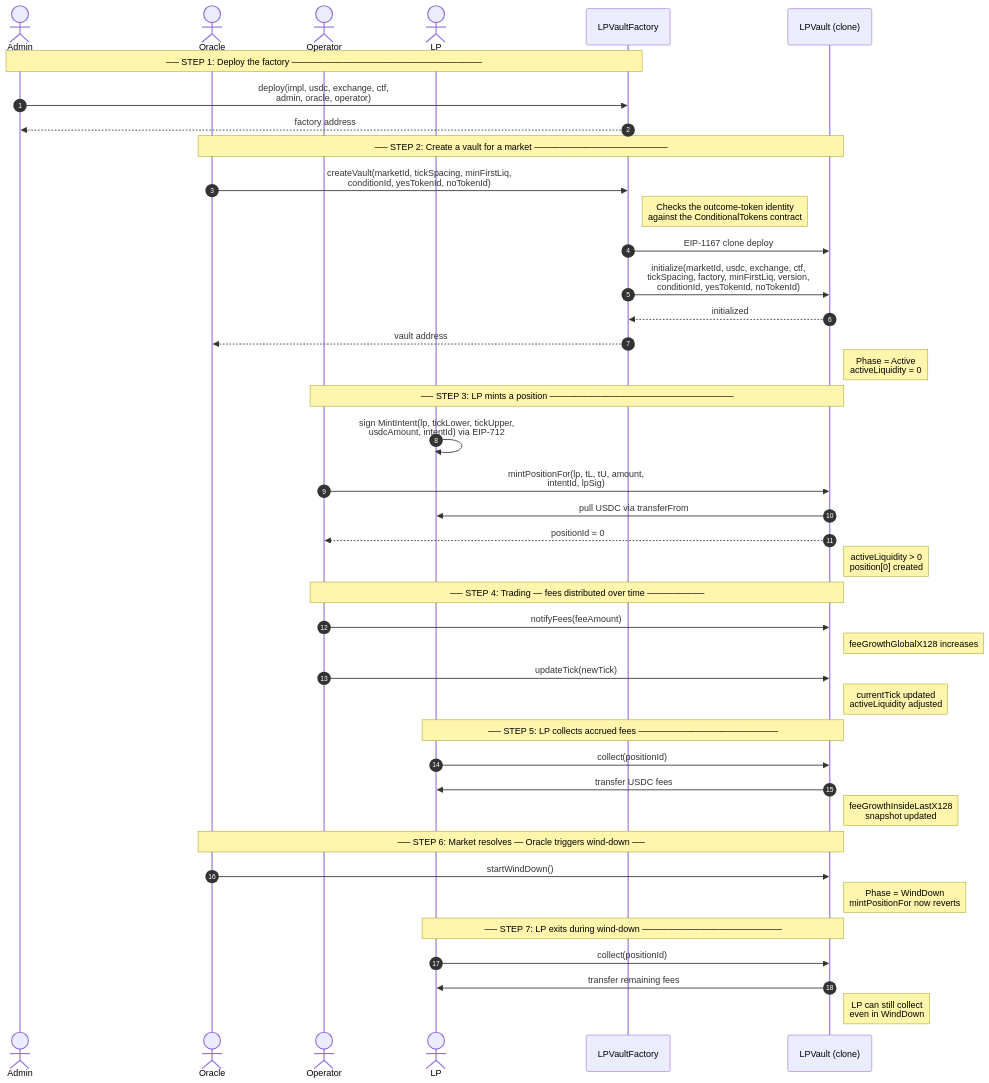
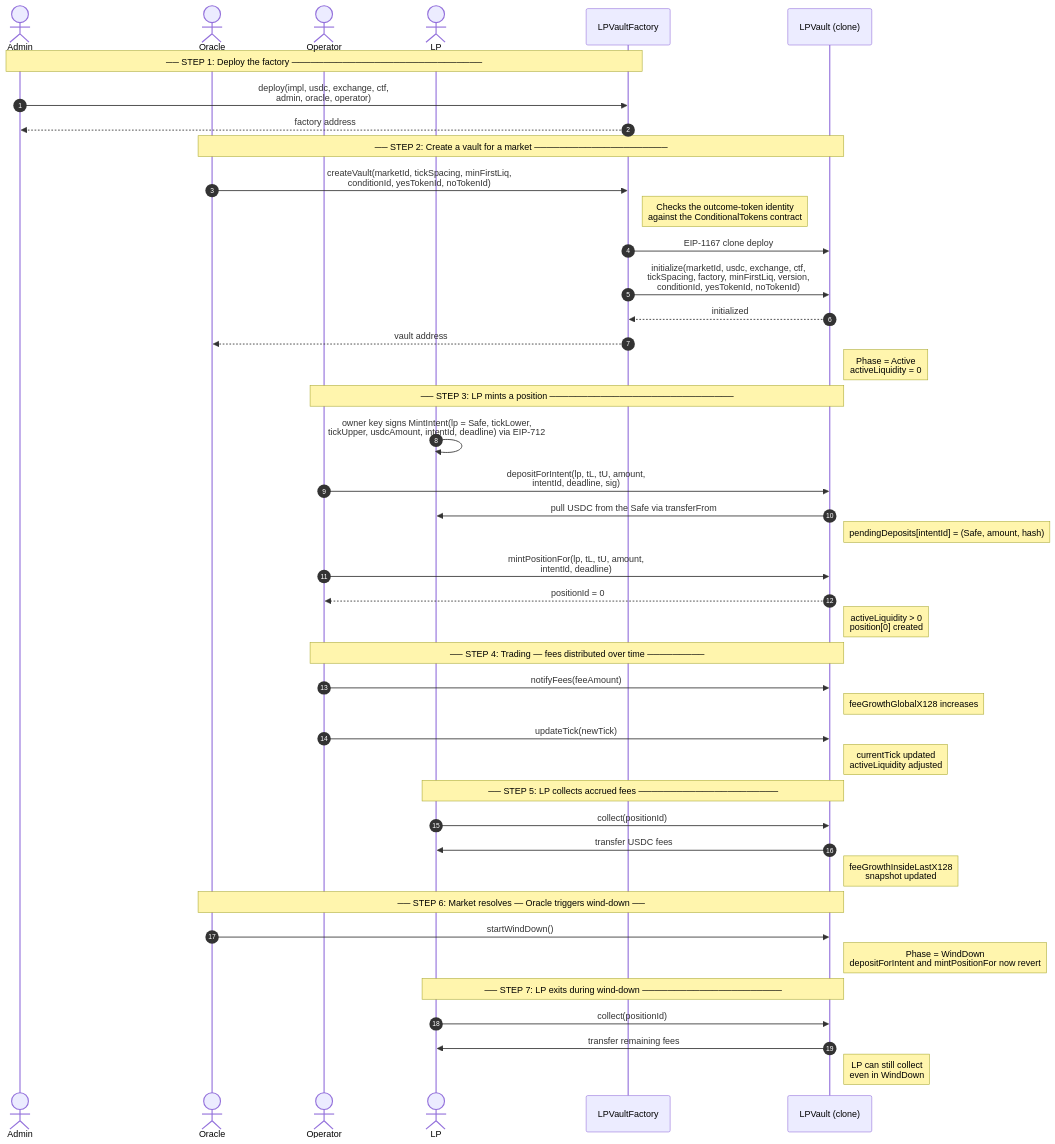
One commit to ProphetMarket/lp-vaults changed the second of 12 diagrams in FLOWS.md. Above: the diagram before and after it, drawn with Mermaid. The commit also changed other lines of this file and 4 other files, not shown here.

````diff
--- a/FLOWS.md
+++ b/FLOWS.md
@@ -41,50 +41,52 @@
 ```mermaid
 sequenceDiagram
     autonumber
     actor Admin
     actor Oracle
     actor Operator
     actor LP
     participant Factory as LPVaultFactory
     participant Vault as LPVault (clone)
 
     Note over Admin,Factory: ── STEP 1: Deploy the factory ──────────────────────────────
     Admin->>Factory: deploy(impl, usdc, exchange, ctf,<br/>admin, oracle, operator)
     Factory-->>Admin: factory address
 
     Note over Oracle,Vault: ── STEP 2: Create a vault for a market ─────────────────────
     Oracle->>Factory: createVault(marketId, tickSpacing, minFirstLiq,<br/>conditionId, yesTokenId, noTokenId)
     Note right of Factory: Checks the outcome-token identity<br/>against the ConditionalTokens contract
     Factory->>Vault: EIP-1167 clone deploy
     Factory->>Vault: initialize(marketId, usdc, exchange, ctf,<br/>tickSpacing, factory, minFirstLiq, version,<br/>conditionId, yesTokenId, noTokenId)
     Vault-->>Factory: initialized
     Factory-->>Oracle: vault address
     Note right of Vault: Phase = Active<br/>activeLiquidity = 0
 
     Note over Operator,Vault: ── STEP 3: LP mints a position ─────────────────────────────
-    LP->>LP: sign MintIntent(lp, tickLower, tickUpper,<br/>usdcAmount, intentId) via EIP-712
-    Operator->>Vault: mintPositionFor(lp, tL, tU, amount,<br/>intentId, lpSig)
-    Vault->>LP: pull USDC via transferFrom
+    LP->>LP: owner key signs MintIntent(lp = Safe, tickLower,<br/>tickUpper, usdcAmount, intentId, deadline) via EIP-712
+    Operator->>Vault: depositForIntent(lp, tL, tU, amount,<br/>intentId, deadline, sig)
+    Vault->>LP: pull USDC from the Safe via transferFrom
+    Note right of Vault: pendingDeposits[intentId] = (Safe, amount, hash)
+    Operator->>Vault: mintPositionFor(lp, tL, tU, amount,<br/>intentId, deadline)
     Vault-->>Operator: positionId = 0
     Note right of Vault: activeLiquidity > 0<br/>position[0] created
 
     Note over Operator,Vault: ── STEP 4: Trading — fees distributed over time ─────────
     Operator->>Vault: notifyFees(feeAmount)
     Note right of Vault: feeGrowthGlobalX128 increases
     Operator->>Vault: updateTick(newTick)
     Note right of Vault: currentTick updated<br/>activeLiquidity adjusted
 
     Note over LP,Vault: ── STEP 5: LP collects accrued fees ──────────────────────
     LP->>Vault: collect(positionId)
     Vault->>LP: transfer USDC fees
     Note right of Vault: feeGrowthInsideLastX128<br/>snapshot updated
 
     Note over Oracle,Vault: ── STEP 6: Market resolves — Oracle triggers wind-down ──
     Oracle->>Vault: startWindDown()
-    Note right of Vault: Phase = WindDown<br/>mintPositionFor now reverts
+    Note right of Vault: Phase = WindDown<br/>depositForIntent and mintPositionFor now revert
 
     Note over LP,Vault: ── STEP 7: LP exits during wind-down ──────────────────────
     LP->>Vault: collect(positionId)
     Vault->>LP: transfer remaining fees
     Note right of Vault: LP can still collect<br/>even in WindDown
 ```
````
